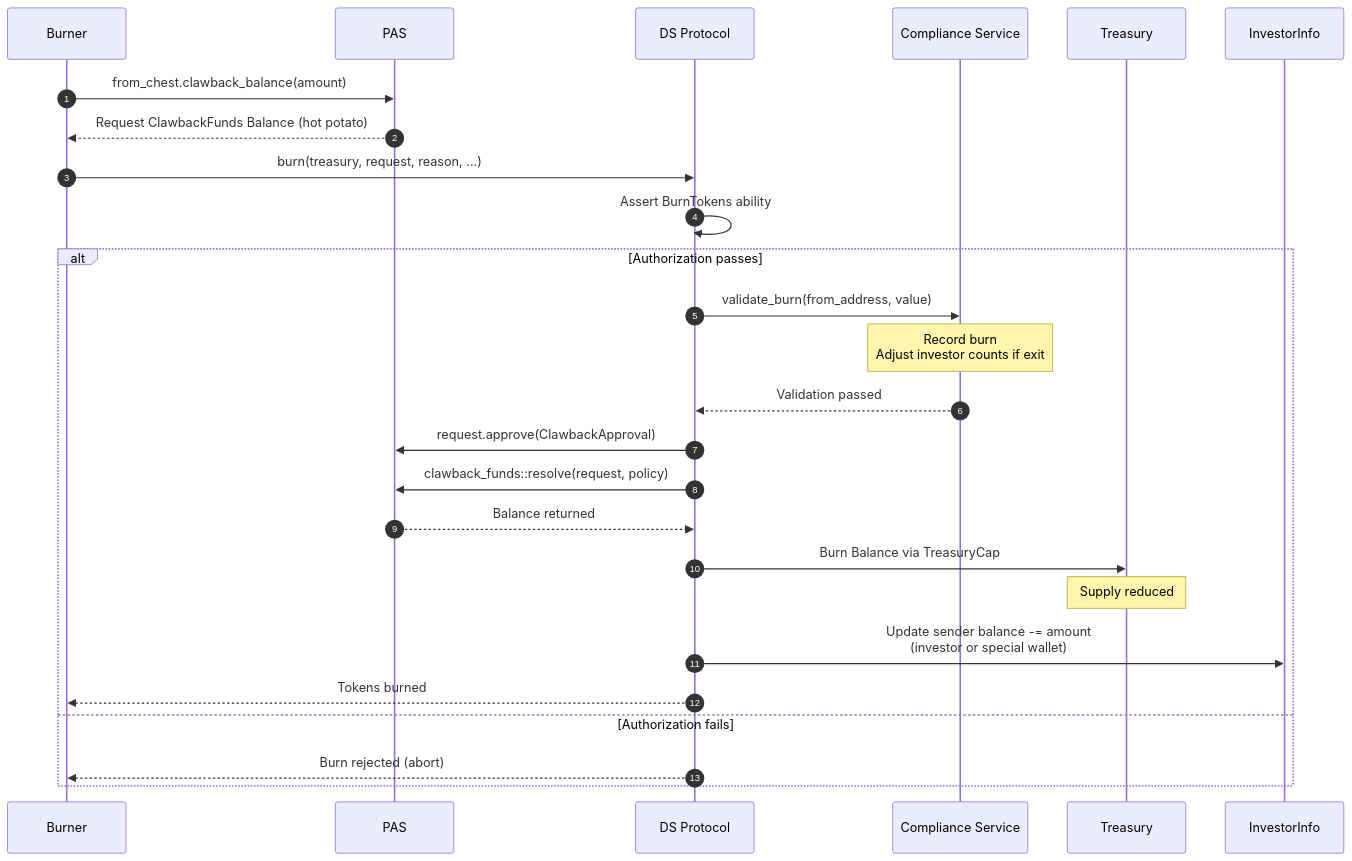
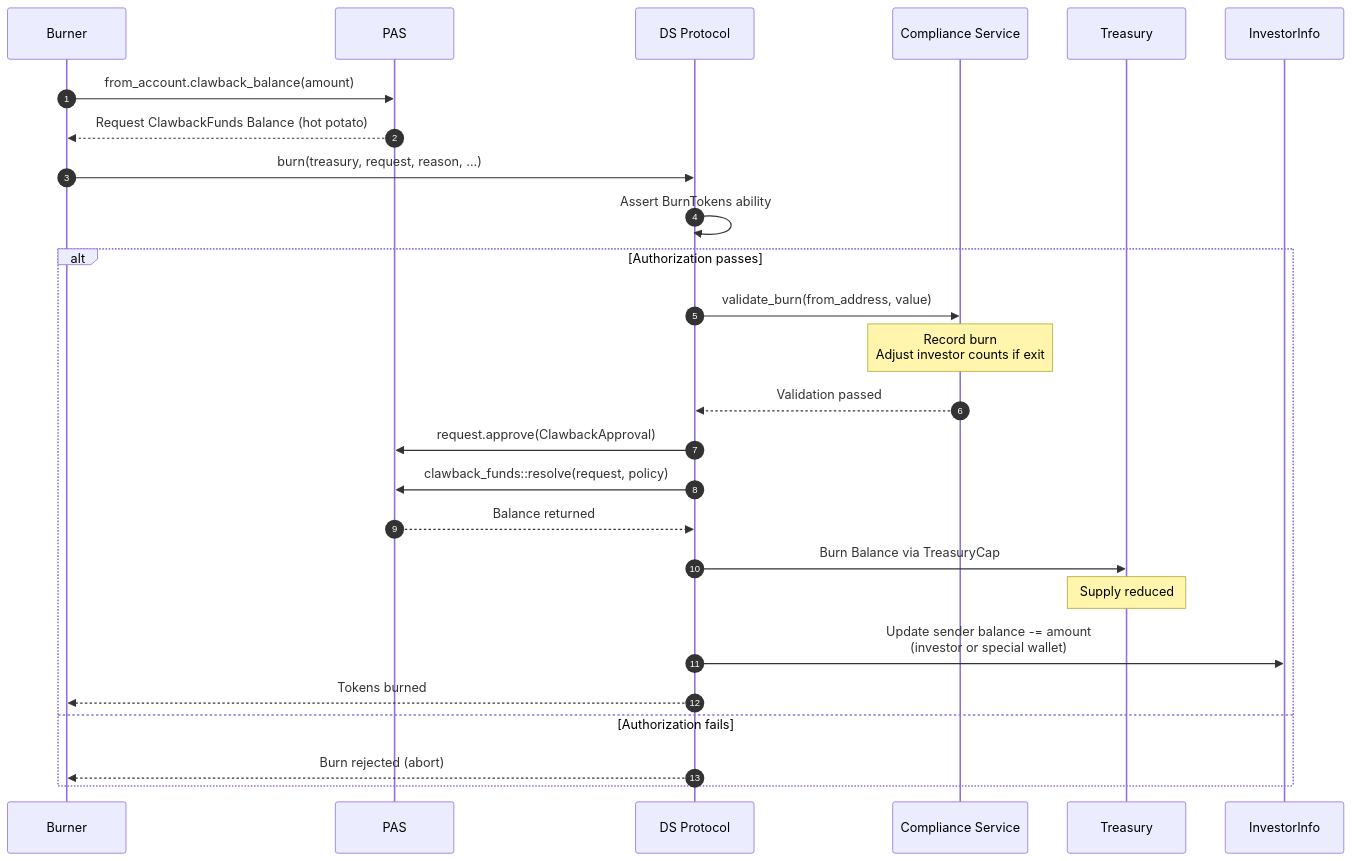
One commit to securitize-io/bc-sui-dstoken-sc changed the diagram in docs/burn-flow.md. Above: the diagram before and after it, drawn with Mermaid. The commit also changed other lines of this file and 15 other files, not shown here.

Commit message:
feat: rename chest to account

````diff
--- a/docs/burn-flow.md
+++ b/docs/burn-flow.md
@@ -73,38 +73,38 @@
 ```mermaid
 sequenceDiagram
     autonumber
     participant Burner as Burner
     participant PAS as PAS
     participant DS as DS Protocol
     participant Compliance as Compliance Service
     participant Treasury as Treasury
     participant Registry as InvestorInfo
 
-    Burner->>PAS: from_chest.clawback_balance(amount)
+    Burner->>PAS: from_account.clawback_balance(amount)
     PAS-->>Burner: Request ClawbackFunds Balance (hot potato)
 
     Burner->>DS: burn(treasury, request, reason, ...)
 
     DS->>DS: Assert BurnTokens ability
 
     alt Authorization passes
         DS->>Compliance: validate_burn(from_address, value)
 
         Note over Compliance: Record burn<br/>Adjust investor counts if exit
 
         Compliance-->>DS: Validation passed
 
         DS->>PAS: request.approve(ClawbackApproval)
         DS->>PAS: clawback_funds::resolve(request, policy)
         PAS-->>DS: Balance returned
 
         DS->>Treasury: Burn Balance via TreasuryCap
         Note over Treasury: Supply reduced
 
         DS->>Registry: Update sender balance -= amount<br/>(investor or special wallet)
 
         DS-->>Burner: Tokens burned
     else Authorization fails
         DS-->>Burner: Burn rejected (abort)
     end
 ```
````
